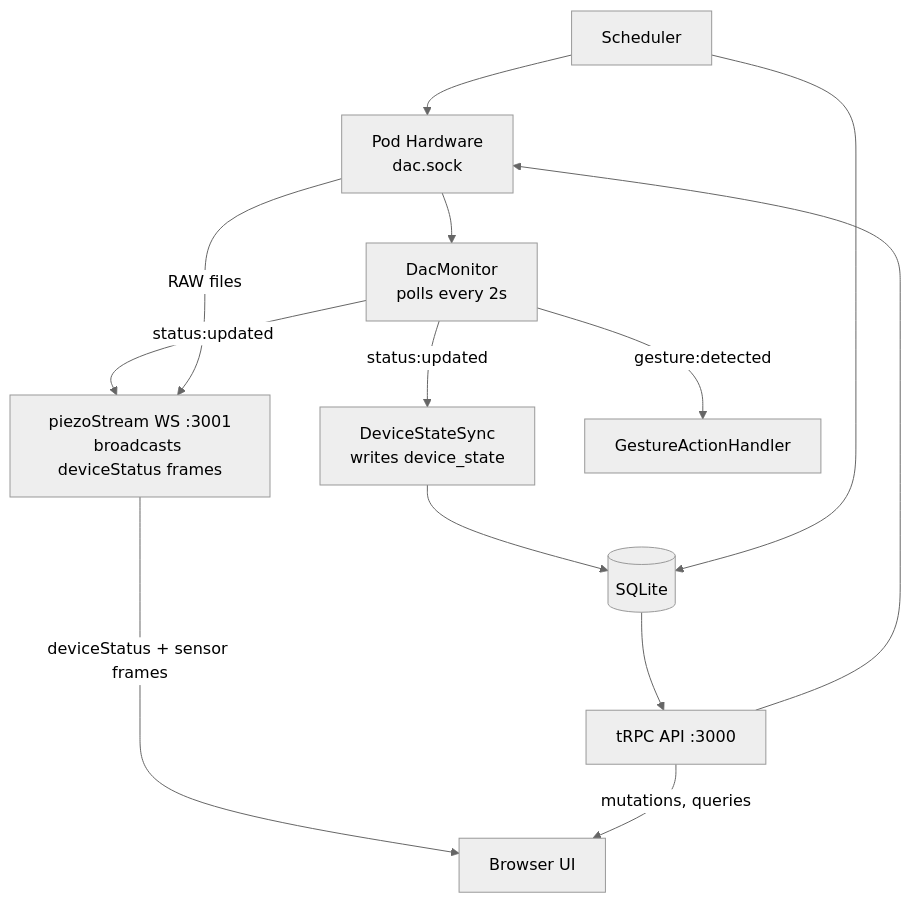
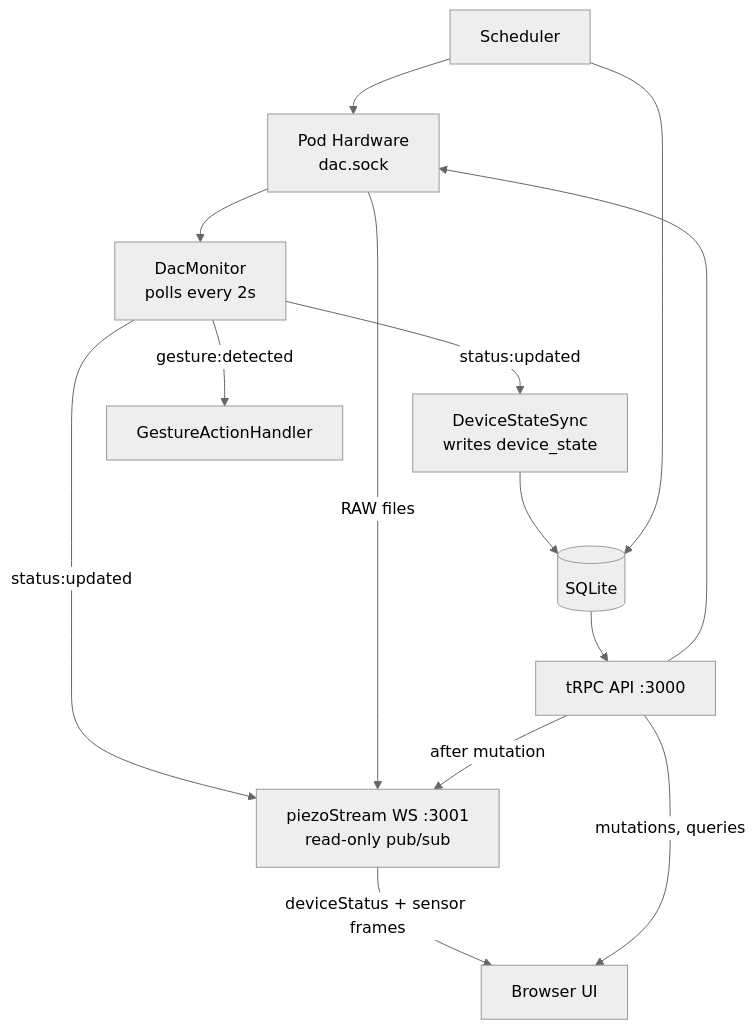
The diagram in .claude/docs/project-info.md (sleepypod/core), drawn with Mermaid (neutral theme) before and after one commit. The commit also changed other lines of this file and 2 other files, not shown here.

First line of the commit message:
docs: update architecture diagrams for event bus broadcast (#244)

````diff
--- a/.claude/docs/project-info.md
+++ b/.claude/docs/project-info.md
@@ -18,15 +18,16 @@
 ```mermaid
 graph TD
     HW[Pod Hardware<br>dac.sock] --> DM[DacMonitor<br>polls every 2s]
     DM -->|status:updated| SS[DeviceStateSync<br>writes device_state]
-    DM -->|status:updated| WS[piezoStream WS :3001<br>broadcasts deviceStatus frames]
+    DM -->|status:updated| WS[piezoStream WS :3001<br>read-only pub/sub]
     DM -->|gesture:detected| GH[GestureActionHandler]
     SS --> DB[(SQLite)]
     HW -->|RAW files| WS
     WS -->|deviceStatus + sensor frames| Browser
     DB --> API[tRPC API :3000]
     API -->|mutations, queries| Browser[Browser UI]
+    API -->|after mutation| WS
     API --> HW
     SCH[Scheduler] --> HW
     SCH --> DB
 ```
````
